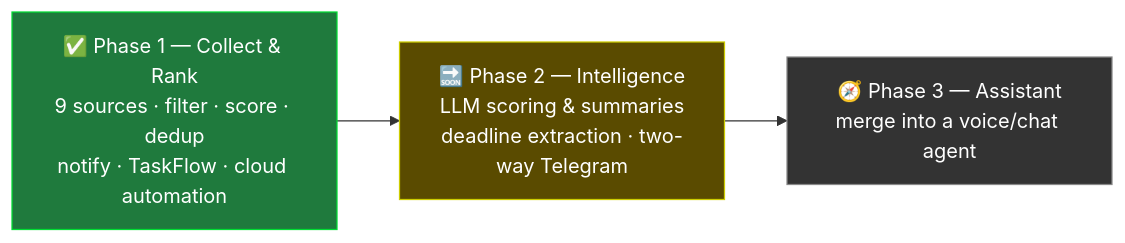
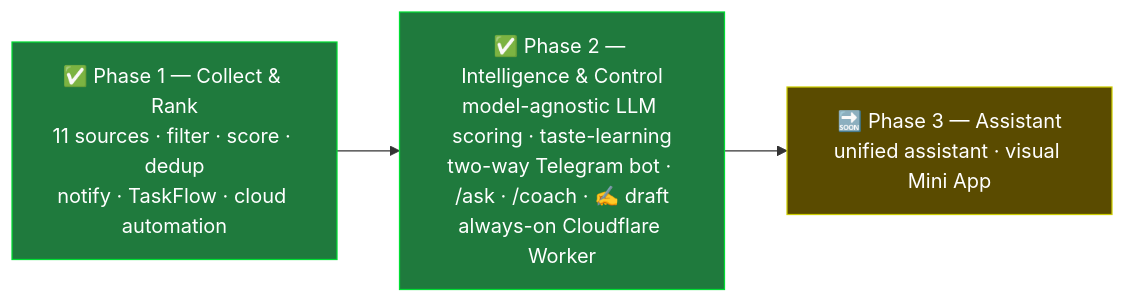
One commit to Mohith535/opportunity-hunter changed the second of 2 diagrams in README.md. Above: the diagram before and after it, drawn with Mermaid. The commit also changed other lines of this file, not shown here.

First line of the commit message:
docs: README reflects shipped Phase 2 (model-agnostic LLM, Telegram bot, taste-learning, Cloudflare Worker)

````diff
--- a/README.md
+++ b/README.md
@@ -68,10 +108,10 @@
 ```mermaid
 flowchart LR
-    P1["✅ Phase 1 — Collect & Rank<br/>9 sources · filter · score · dedup<br/>notify · TaskFlow · cloud automation"]
-    P2["🔜 Phase 2 — Intelligence<br/>LLM scoring & summaries<br/>deadline extraction · two-way Telegram"]
-    P3["🧭 Phase 3 — Assistant<br/>merge into a voice/chat agent"]
+    P1["✅ Phase 1 — Collect & Rank<br/>11 sources · filter · score · dedup<br/>notify · TaskFlow · cloud automation"]
+    P2["✅ Phase 2 — Intelligence & Control<br/>model-agnostic LLM scoring · taste-learning<br/>two-way Telegram bot · /ask · /coach · ✍️ draft<br/>always-on Cloudflare Worker"]
+    P3["🔜 Phase 3 — Assistant<br/>unified assistant · visual Mini App"]
     P1 --> P2 --> P3
     style P1 fill:#1f7a3d,stroke:#0d3,color:#fff
-    style P2 fill:#5a4b00,stroke:#cc0,color:#fff
-    style P3 fill:#333,stroke:#888,color:#fff
+    style P2 fill:#1f7a3d,stroke:#0d3,color:#fff
+    style P3 fill:#5a4b00,stroke:#cc0,color:#fff
 ```
````
